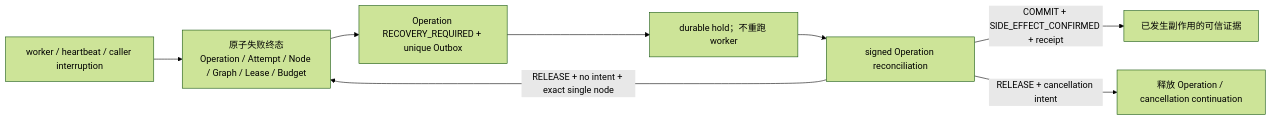
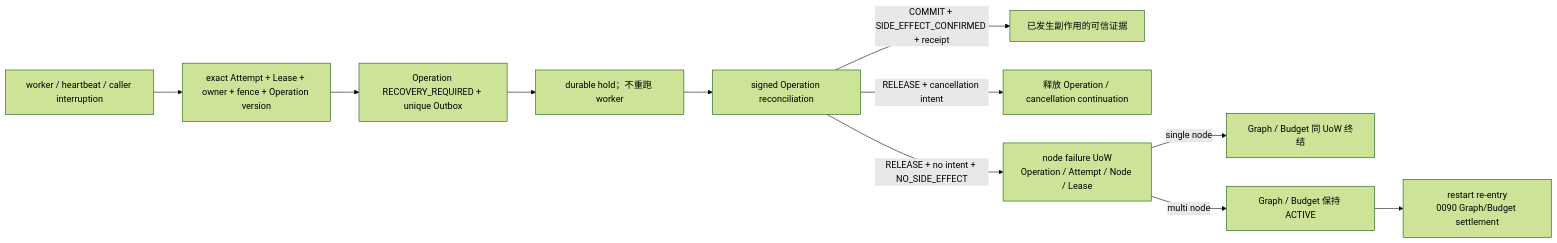
One commit to SakuraYoruno/Natsume_Ai changed the sixth of 27 diagrams in docs/50_project/arch/DATA_FLOW_ARCHITECTURE.md. Above: the diagram before and after it, drawn with Mermaid (forest theme). The commit also changed other lines of this file and 20 other files, not shown here.

````diff
--- a/docs/50_project/arch/DATA_FLOW_ARCHITECTURE.md
+++ b/docs/50_project/arch/DATA_FLOW_ARCHITECTURE.md
@@ -114,10 +117,13 @@
 ```mermaid
 flowchart LR
     I["worker / heartbeat / caller interruption"] --> F["exact Attempt + Lease + owner + fence + Operation version"]
     F --> M["Operation RECOVERY_REQUIRED + unique Outbox"]
     M --> H["durable hold；不重跑 worker"]
     H --> S["signed Operation reconciliation"]
     S -->|COMMIT + SIDE_EFFECT_CONFIRMED + receipt| C["已发生副作用的可信证据"]
     S -->|RELEASE + cancellation intent| R["释放 Operation / cancellation continuation"]
-    S -->|RELEASE + no intent + exact single node| F["原子失败终态\nOperation / Attempt / Node / Graph / Lease / Budget"]
+    S -->|RELEASE + no intent + NO_SIDE_EFFECT| N["node failure UoW\nOperation / Attempt / Node / Lease"]
+    N -->|single node| T["Graph / Budget 同 UoW 终结"]
+    N -->|multi node| P["Graph / Budget 保持 ACTIVE"]
+    P --> J["restart re-entry\n0090 Graph/Budget settlement"]
 ```
````
